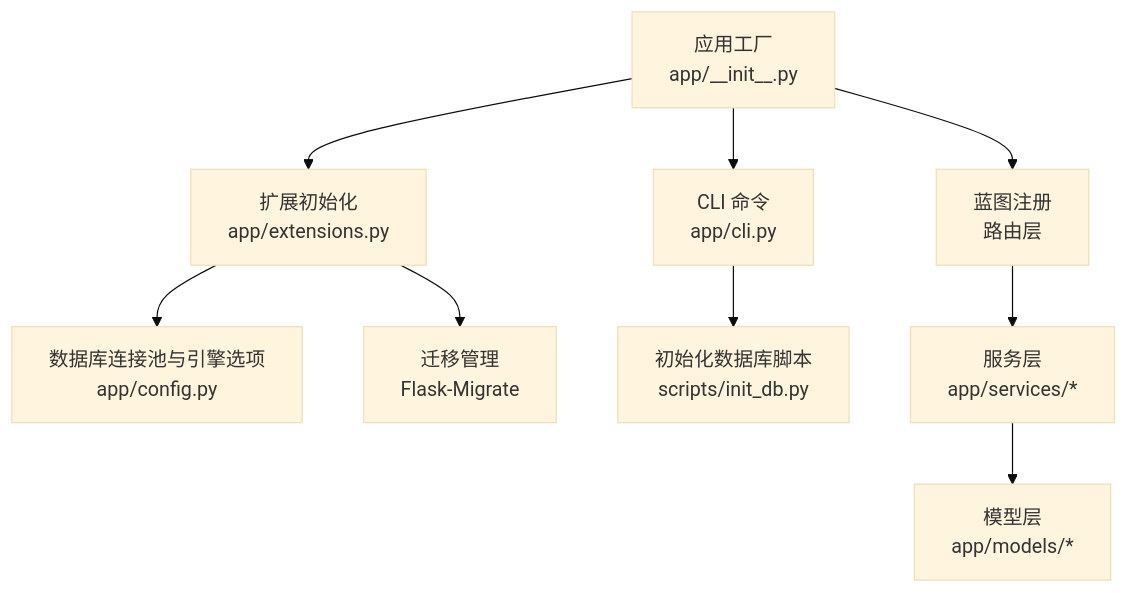
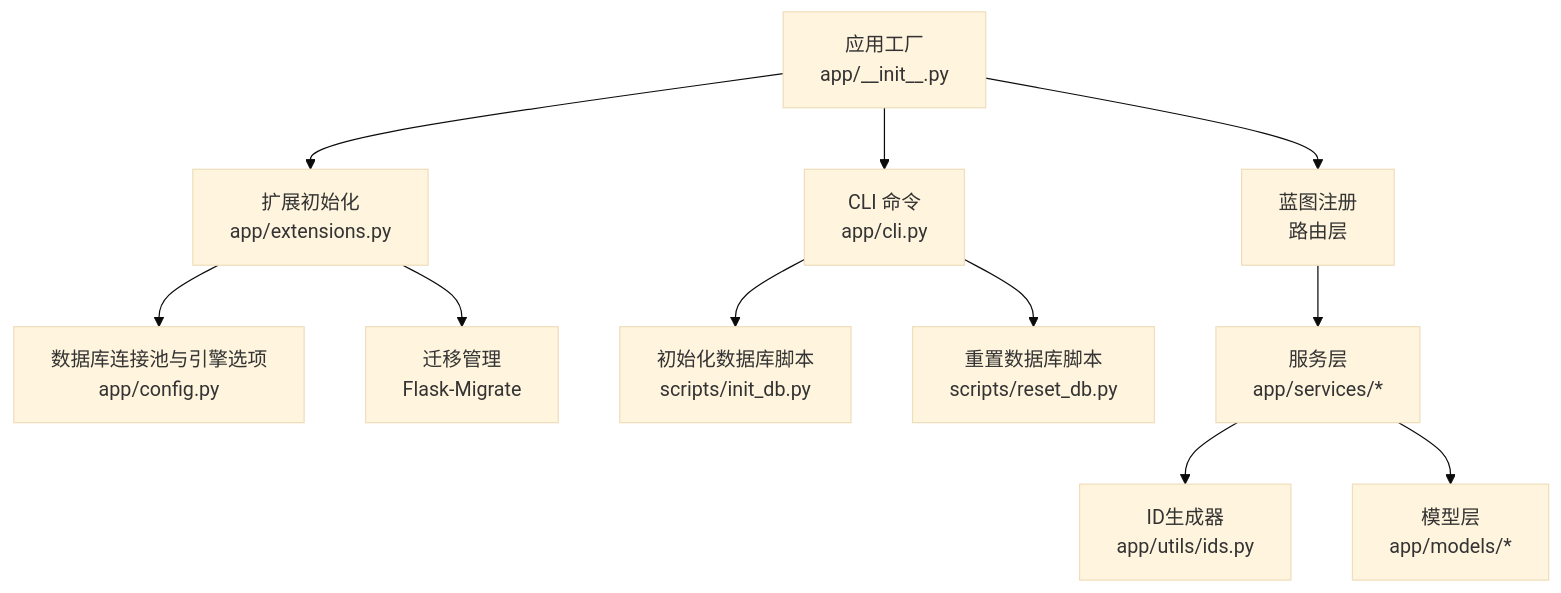
One commit to beyondalbert/my_wiki changed the first of 8 diagrams in .qoder/repowiki/zh/content/架构设计/数据持久化架构/数据库管理.md. Above: the diagram before and after it, drawn with Mermaid (base theme). The commit also changed other lines of this file and 21 other files, not shown here.

````diff
--- a/.qoder/repowiki/zh/content/架构设计/数据持久化架构/数据库管理.md
+++ b/.qoder/repowiki/zh/content/架构设计/数据持久化架构/数据库管理.md
@@ -45,11 +51,13 @@
 ```mermaid
 graph TB
 A["应用工厂<br/>app/__init__.py"] --> B["扩展初始化<br/>app/extensions.py"]
 B --> C["数据库连接池与引擎选项<br/>app/config.py"]
 B --> D["迁移管理<br/>Flask-Migrate"]
 A --> E["蓝图注册<br/>路由层"]
 A --> F["CLI 命令<br/>app/cli.py"]
 F --> G["初始化数据库脚本<br/>scripts/init_db.py"]
-E --> H["服务层<br/>app/services/*"]
-H --> I["模型层<br/>app/models/*"]
+F --> H["重置数据库脚本<br/>scripts/reset_db.py"]
+E --> I["服务层<br/>app/services/*"]
+I --> J["ID生成器<br/>app/utils/ids.py"]
+I --> K["模型层<br/>app/models/*"]
 ```
````
